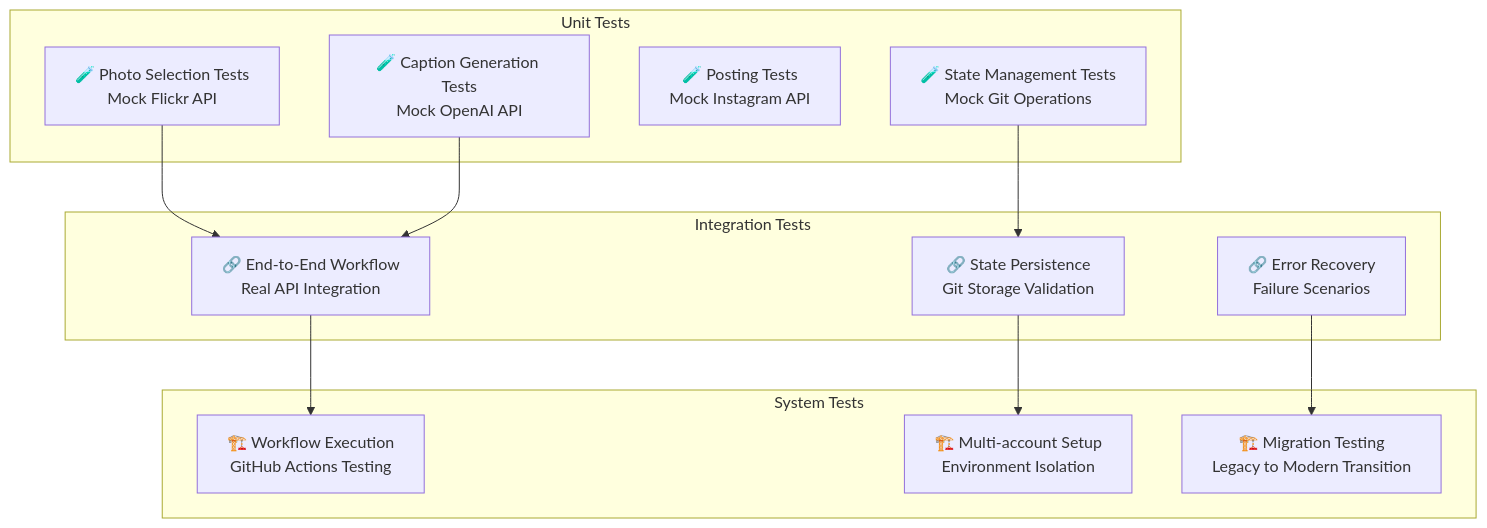
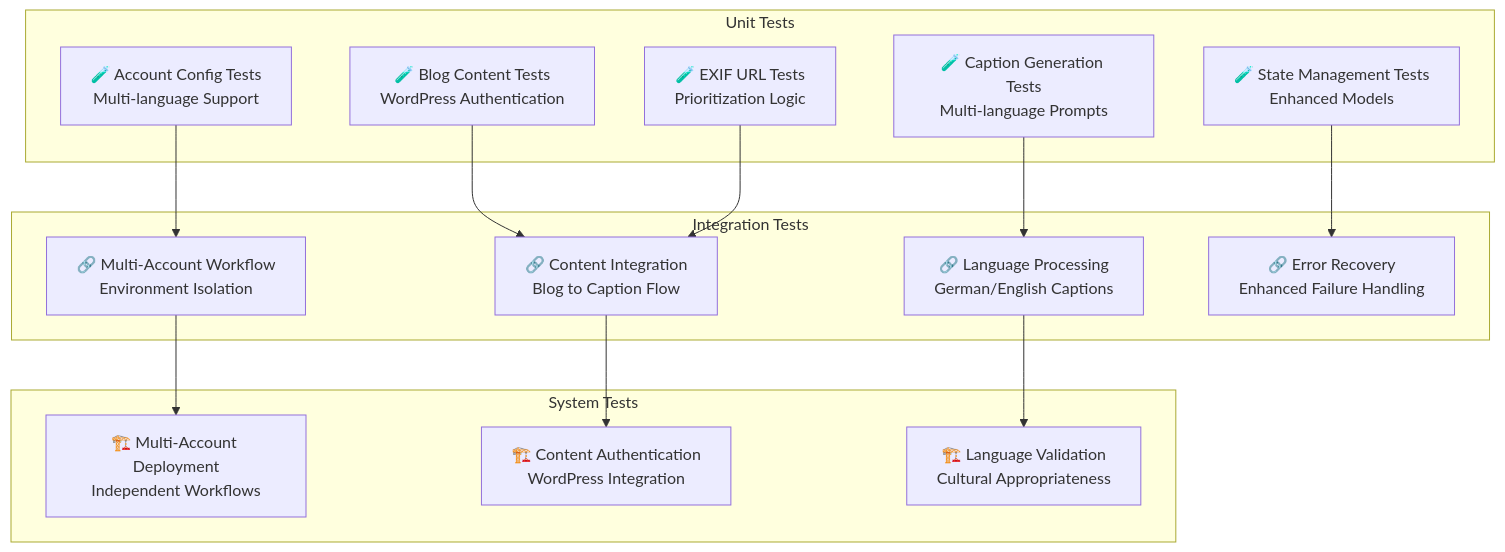
Before and after one commit to webmemo-code/flickr-to-instagram-automation: the fifth of 5 diagrams in ARCHITECTURE.md, drawn with Mermaid. The commit also changed other lines of this file and 11 other files, not shown here.

First line of the commit message:
DOCS | Update all documentation to reflect current multi-account system

````diff
--- a/ARCHITECTURE.md
+++ b/ARCHITECTURE.md
@@ -281,29 +402,33 @@
 ```mermaid
 graph TB
     subgraph "Unit Tests"
-        UT1[🧪 Photo Selection Tests<br/>Mock Flickr API]
-        UT2[🧪 Caption Generation Tests<br/>Mock OpenAI API]
-        UT3[🧪 Posting Tests<br/>Mock Instagram API]
-        UT4[🧪 State Management Tests<br/>Mock Git Operations]
+        UT1[🧪 Account Config Tests<br/>Multi-language Support]
+        UT2[🧪 Blog Content Tests<br/>WordPress Authentication]
+        UT3[🧪 Caption Generation Tests<br/>Multi-language Prompts]
+        UT4[🧪 EXIF URL Tests<br/>Prioritization Logic]
+        UT5[🧪 State Management Tests<br/>Enhanced Models]
     end
 
     subgraph "Integration Tests"
-        IT1[🔗 End-to-End Workflow<br/>Real API Integration]
-        IT2[🔗 State Persistence<br/>Git Storage Validation]
-        IT3[🔗 Error Recovery<br/>Failure Scenarios]
+        IT1[🔗 Multi-Account Workflow<br/>Environment Isolation]
+        IT2[🔗 Content Integration<br/>Blog to Caption Flow]
+        IT3[🔗 Language Processing<br/>German/English Captions]
+        IT4[🔗 Error Recovery<br/>Enhanced Failure Handling]
     end
 
     subgraph "System Tests"
-        ST1[🏗️ Workflow Execution<br/>GitHub Actions Testing]
-        ST2[🏗️ Multi-account Setup<br/>Environment Isolation]
-        ST3[🏗️ Migration Testing<br/>Legacy to Modern Transition]
+        ST1[🏗️ Multi-Account Deployment<br/>Independent Workflows]
+        ST2[🏗️ Content Authentication<br/>WordPress Integration]
+        ST3[🏗️ Language Validation<br/>Cultural Appropriateness]
     end
 
     UT1 --> IT1
-    UT2 --> IT1
-        UT4 --> IT2
+    UT2 --> IT2
+    UT3 --> IT3
+    UT4 --> IT2
+    UT5 --> IT4
 
     IT1 --> ST1
     IT2 --> ST2
     IT3 --> ST3
 ```
````
